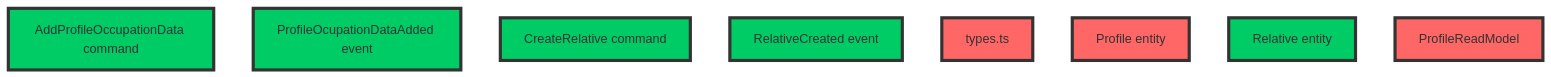
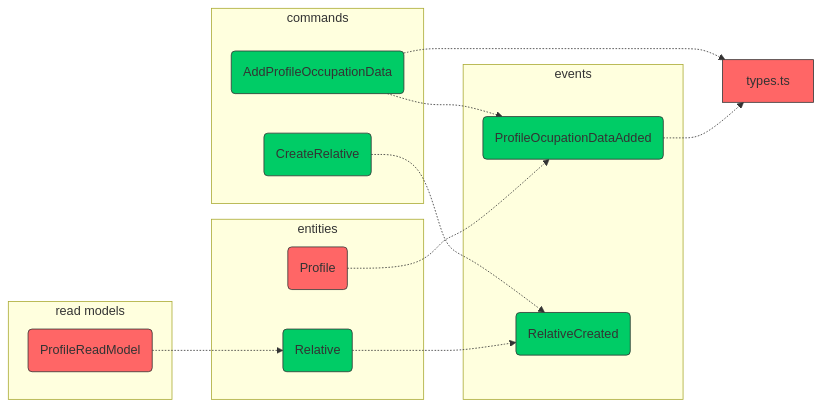
Diagram 11 of 13 in README.md (boostercloud/kyc-example), drawn with Mermaid before and after one commit. The commit also changed other lines of this file and 10 other files, not shown here.

````diff
--- a/README.md
+++ b/README.md
@@ -413,15 +541,30 @@
 ```mermaid
-graph TD;
-    classDef red fill:#ff6666,stroke:#333,stroke-width:4px,color:#333;
-    classDef green fill:#00cc66,stroke:#333,stroke-width:4px,color:#333;
-    A["AddProfileOccupationData command"]
-    B["ProfileOcupationDataAdded event"]
-    C["CreateRelative command"]
-    D["RelativeCreated event"]
+graph LR
+    classDef red fill:#ff6666,stroke:#333,stroke-width:1px,color:#333;
+    classDef green fill:#00cc66,stroke:#333,stroke-width:1px,color:#333;
+    subgraph commands
+        A(AddProfileOccupationData)
+        C(CreateRelative)
+    end
+    subgraph events
+        B(ProfileOcupationDataAdded)
+        D(RelativeCreated)
+    end
+    subgraph entities
+        F(Profile)
+        G(Relative)
+    end
+    subgraph read models
+        H(ProfileReadModel)
+    end
     E["types.ts"]
-    F["Profile entity"]
-    G["Relative entity"]
-    H["ProfileReadModel"]
+    A -.-> B
+    A -.-> E
+    C -.-> D
+    F -.-> B
+    G -.-> D
+    B -.-> E
+    H -.-> G
     class E,F,H red;
     class A,B,C,D,G green;
 ```
````
